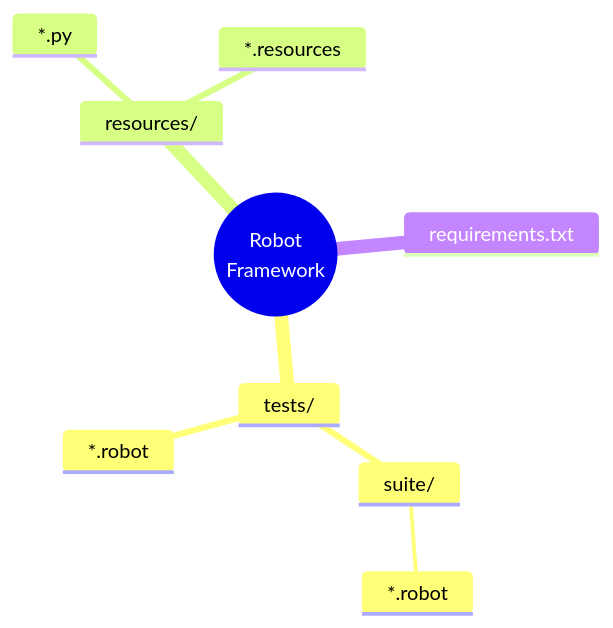
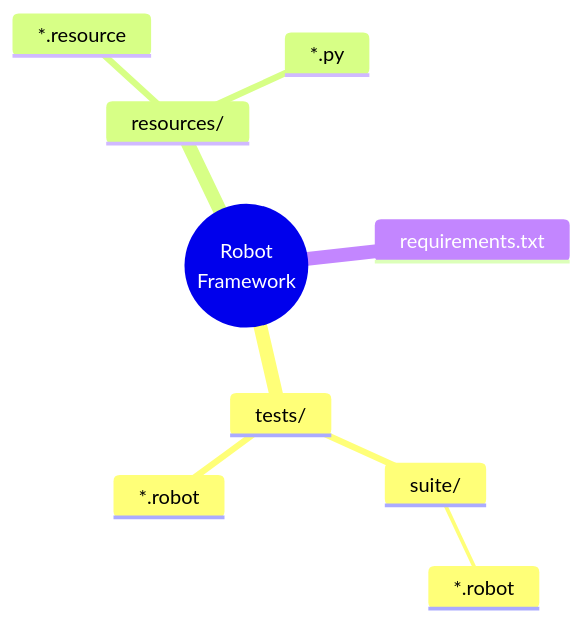
The eighth of 13 diagrams in slides.md (remi-picard/robot-slides-for-testers), drawn with Mermaid before and after one commit. The commit also changed other lines of this file, not shown here.

````diff
--- a/slides.md
+++ b/slides.md
@@ -2095,12 +2107,12 @@
 ```mermaid
 mindmap
   root((Robot<br/>Framework))
     tests/
         suite/
             *.robot
         *.robot
     resources/
-        *.resources
+        *.resource
         *.py
     requirements.txt
 ```
````
